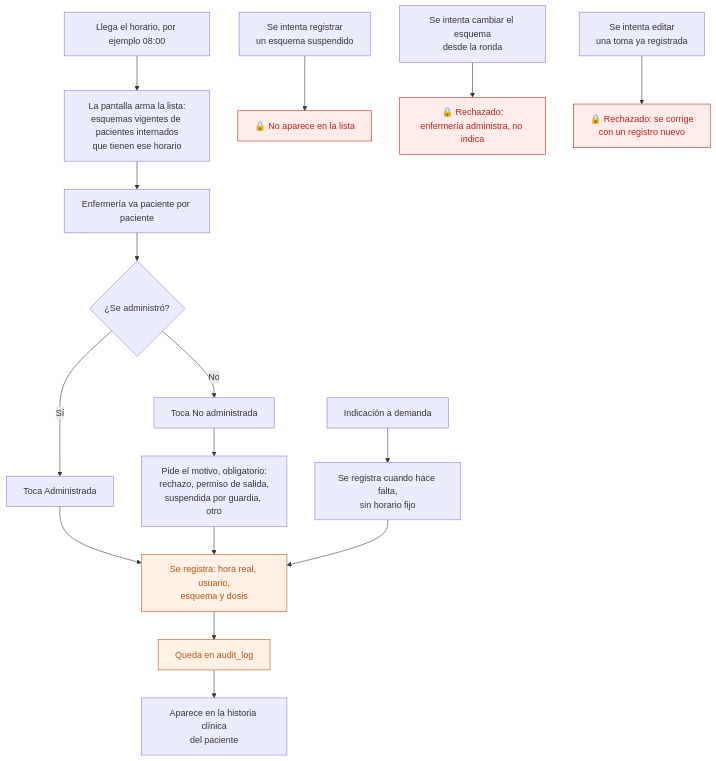
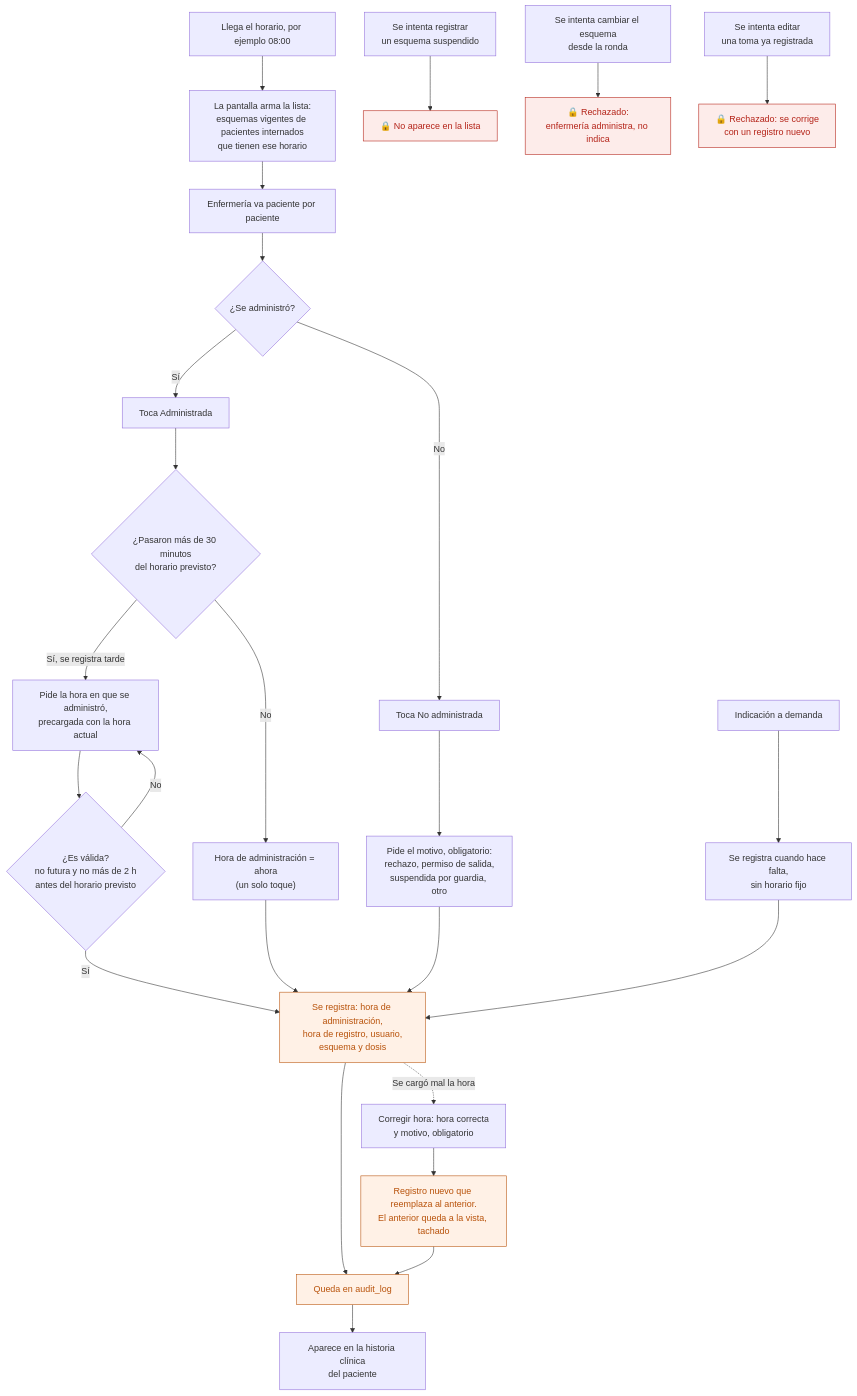
One commit to procesosipl-source/Ronda changed the diagram in docs/flujos/15-ronda-de-administracion.md. Above: the diagram before and after it, drawn with Mermaid. The commit also changed other lines of this file and 1 other file, not shown here.

First line of the commit message:
Enfermería registra tomas con la hora real en que las dio

````diff
--- a/docs/flujos/15-ronda-de-administracion.md
+++ b/docs/flujos/15-ronda-de-administracion.md
@@ -9,28 +9,40 @@
 ```mermaid
 flowchart TD
     H["Llega el horario, por ejemplo 08:00"] --> L["La pantalla arma la lista:<br/>esquemas vigentes de pacientes internados<br/>que tienen ese horario"]
     L --> P["Enfermería va paciente por paciente"]
     P --> D{"¿Se administró?"}
 
     D -->|Sí| SI["Toca Administrada"]
     D -->|No| NO["Toca No administrada"]
 
-    SI --> REG["Se registra: hora real, usuario,<br/>esquema y dosis"]
+    SI --> AT{"¿Pasaron más de 30 minutos<br/>del horario previsto?"}
+    AT -->|No| AHORA["Hora de administración = ahora<br/>(un solo toque)"]
+    AT -->|Sí, se registra tarde| HORA["Pide la hora en que se administró,<br/>precargada con la hora actual"]
+    HORA --> VAL{"¿Es válida?<br/>no futura y no más de 2 h<br/>antes del horario previsto"}
+    VAL -->|No| HORA
+    VAL -->|Sí| REG
+    AHORA --> REG
+
+    REG["Se registra: hora de administración,<br/>hora de registro, usuario,<br/>esquema y dosis"]
     NO --> MOT["Pide el motivo, obligatorio:<br/>rechazo, permiso de salida,<br/>suspendida por guardia, otro"]
     MOT --> REG
 
     REG --> AUD["Queda en audit_log"]
     AUD --> HC["Aparece en la historia clínica<br/>del paciente"]
 
     PRN["Indicación a demanda"] --> CUA["Se registra cuando hace falta,<br/>sin horario fijo"]
     CUA --> REG
 
     B1["Se intenta registrar<br/>un esquema suspendido"] --> BL1["🔒 No aparece en la lista"]
     B2["Se intenta cambiar el esquema<br/>desde la ronda"] --> BL2["🔒 Rechazado:<br/>enfermería administra, no indica"]
     B3["Se intenta editar<br/>una toma ya registrada"] --> BL3["🔒 Rechazado: se corrige<br/>con un registro nuevo"]
 
+    REG -.->|Se cargó mal la hora| CORR["Corregir hora: hora correcta<br/>y motivo, obligatorio"]
+    CORR --> NUEVO["Registro nuevo que reemplaza al anterior.<br/>El anterior queda a la vista, tachado"]
+    NUEVO --> AUD
+
     classDef aud fill:#FFF1E6,stroke:#B8520A,color:#B8520A
     classDef bloq fill:#FDECEA,stroke:#B42318,color:#B42318
-    class REG,AUD aud
+    class REG,AUD,NUEVO aud
     class BL1,BL2,BL3 bloq
 ```
````
